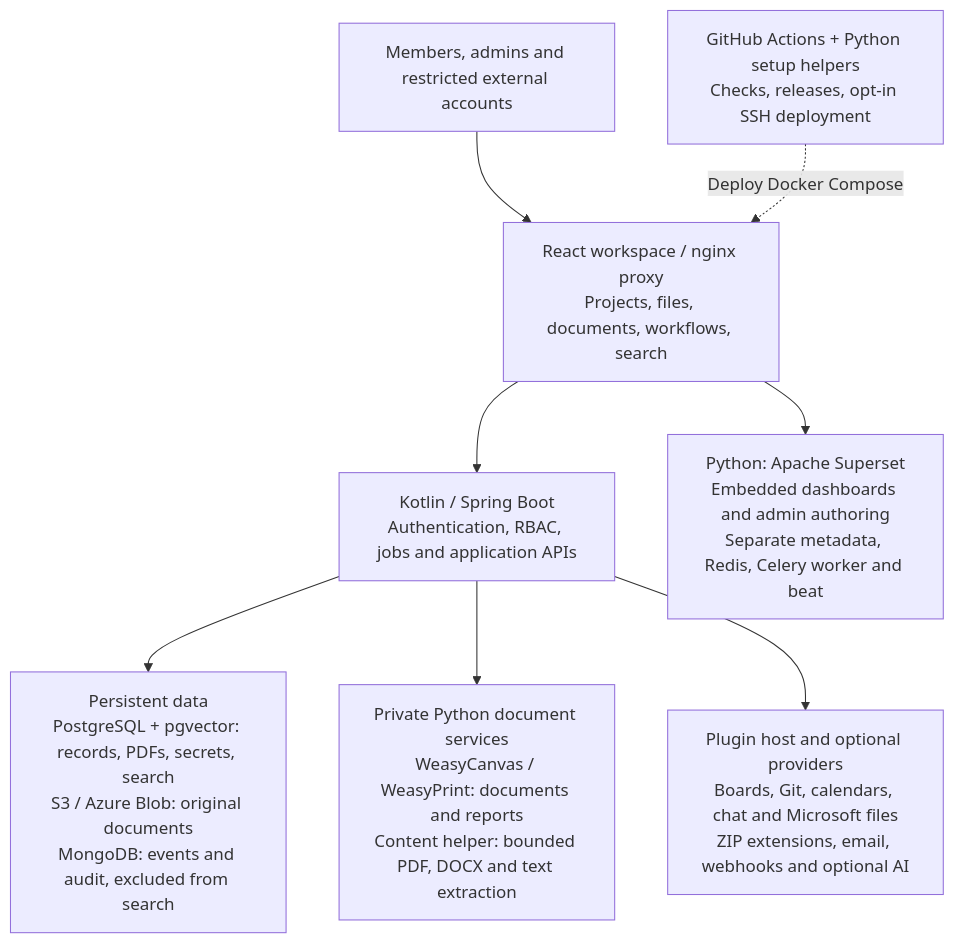
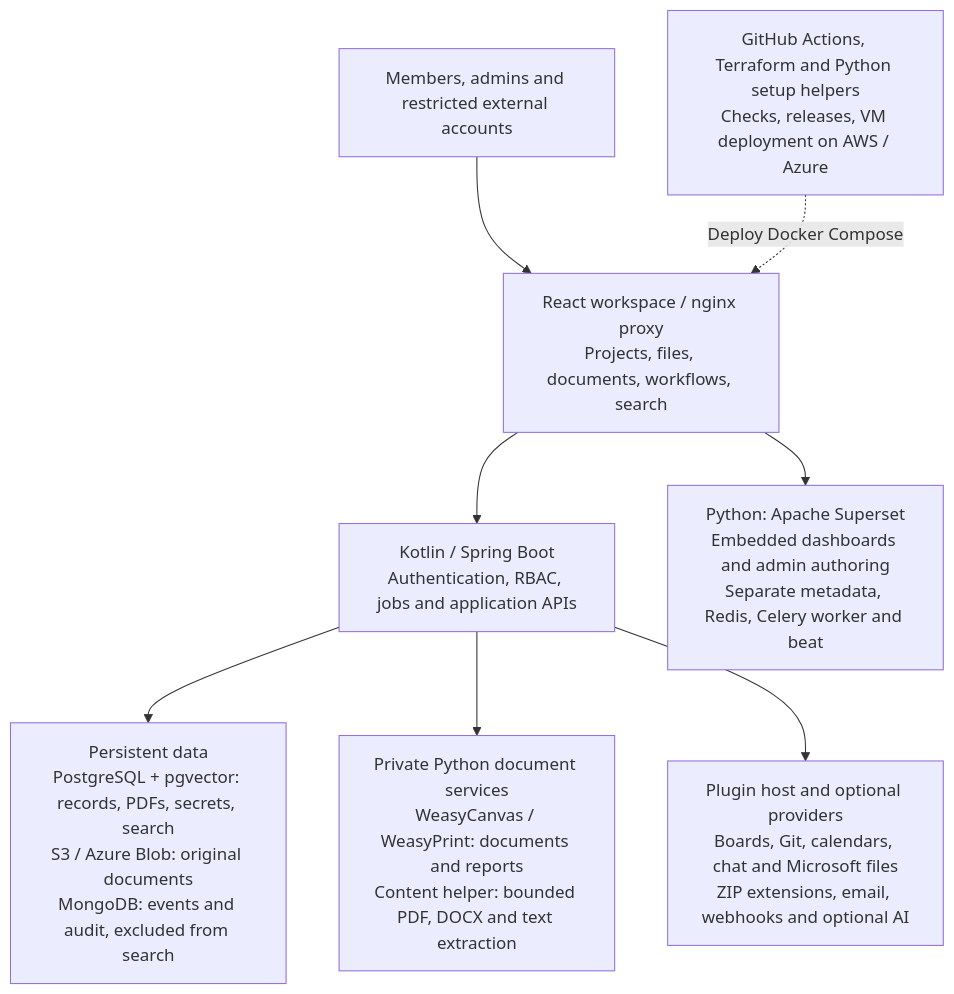
Before and after one commit to GrahamCHill/Meshable-Ops: the diagram in README.md, drawn with Mermaid. The commit also changed other lines of this file and 29 other files, not shown here.

````diff
--- a/README.md
+++ b/README.md
@@ -40,15 +50,15 @@
 ```mermaid
 flowchart TB
     users["Members, admins and restricted external accounts"]
     web["React workspace / nginx proxy<br/>Projects, files, documents, workflows, search"]
     api["Kotlin / Spring Boot<br/>Authentication, RBAC, jobs and application APIs"]
     state["Persistent data<br/>PostgreSQL + pgvector: records, PDFs, secrets, search<br/>S3 / Azure Blob: original documents<br/>MongoDB: events and audit, excluded from search"]
     python["Private Python document services<br/>WeasyCanvas / WeasyPrint: documents and reports<br/>Content helper: bounded PDF, DOCX and text extraction"]
     plugins["Plugin host and optional providers<br/>Boards, Git, calendars, chat and Microsoft files<br/>ZIP extensions, email, webhooks and optional AI"]
     analytics["Python: Apache Superset<br/>Embedded dashboards and admin authoring<br/>Separate metadata, Redis, Celery worker and beat"]
-    ci["GitHub Actions + Python setup helpers<br/>Checks, releases, opt-in SSH deployment"]
+    ci["GitHub Actions, Terraform and Python setup helpers<br/>Checks, releases, VM deployment on AWS / Azure"]
     users --> web --> api
     web --> analytics
     api --> state & python & plugins
     ci -. "Deploy Docker Compose" .-> web
 ```
````
